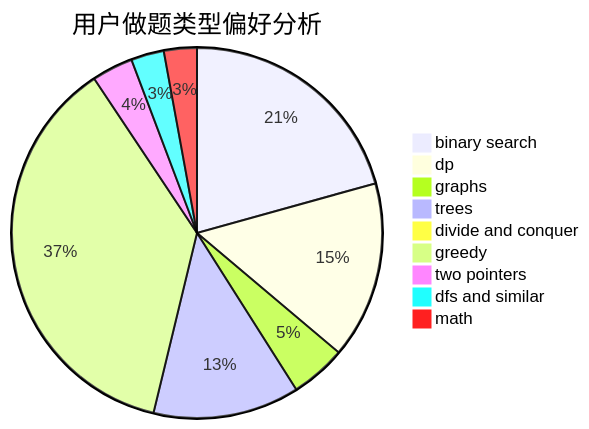
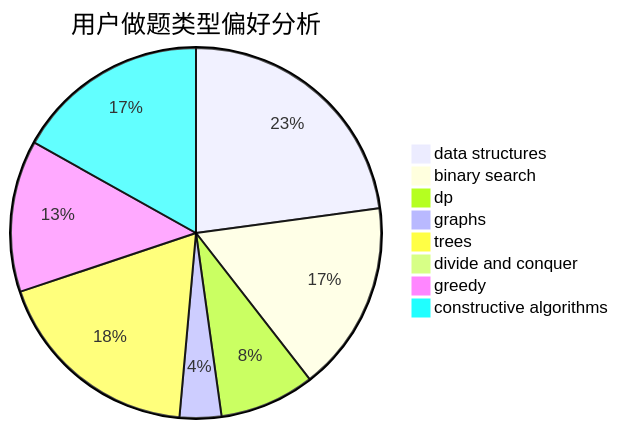
The second of 3 diagrams in docs/user/u1382.md (sherpahu/cfrs.github.io), drawn with Mermaid before and after one commit. The commit also changed other lines of this file and 2775 other files, not shown here.

````diff
--- a/docs/user/u1382.md
+++ b/docs/user/u1382.md
@@ -23,12 +23,11 @@
 ```mermaid
 pie title 用户做题类型偏好分析
-    "binary search" :  115
-    "dp" :  86
-    "graphs" :  27
+    "data structures" :  88
+    "binary search" :  64
+    "dp" :  32
+    "graphs" :  14
     "trees" :  71
     "divide and conquer" :  0
-    "greedy" :  205
-    "two pointers" :  20
-    "dfs and similar" :  16
-    "math" :  16
+    "greedy" :  51
+    "constructive algorithms" :  65
 ```
````
